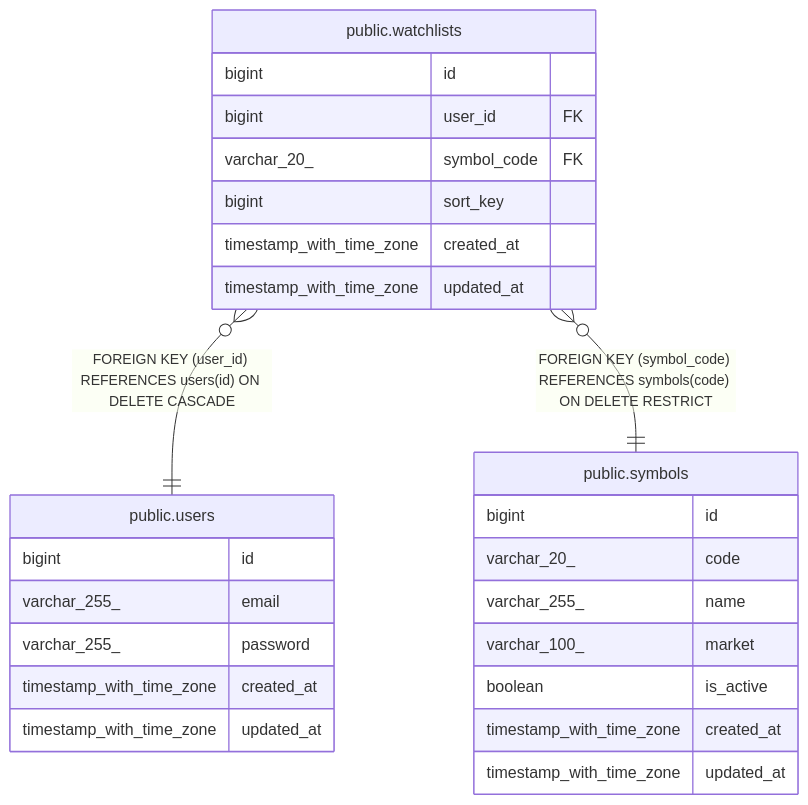
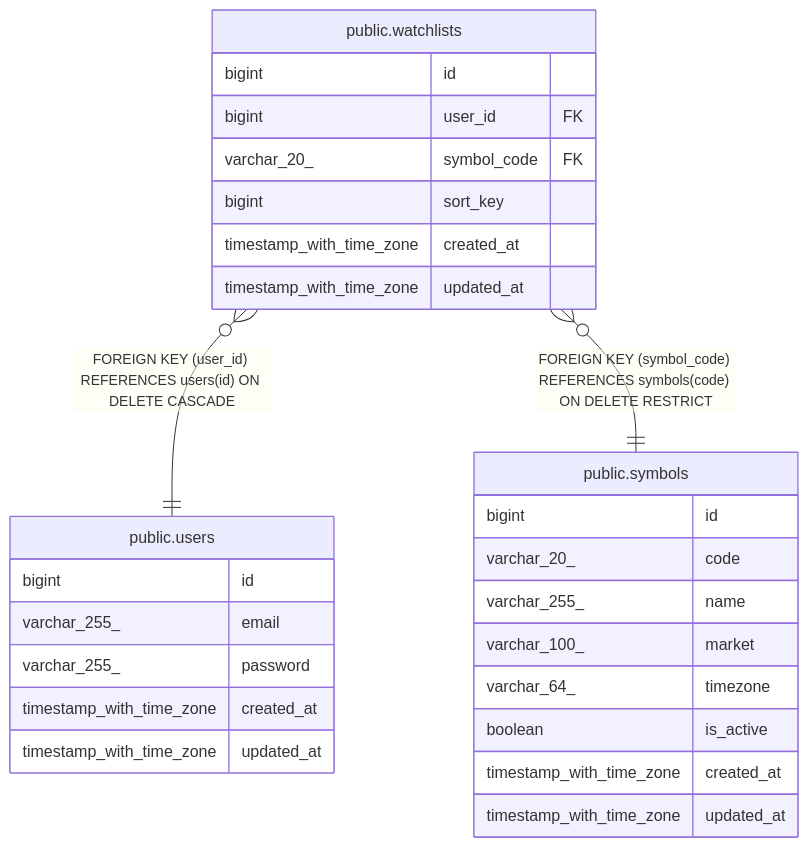
The diagram in docs/schema/public.watchlists.md (UCHIDAnobuhiro/stock_backend), drawn with Mermaid before and after one commit. The commit also changed 4 other files, not shown here.

First line of the commit message:
docs: schema docs に symbols.timezone を反映

````diff
--- a/docs/schema/public.watchlists.md
+++ b/docs/schema/public.watchlists.md
@@ -33,31 +33,32 @@
 ```mermaid
 erDiagram
 
 "public.watchlists" }o--|| "public.users" : "FOREIGN KEY (user_id) REFERENCES users(id) ON DELETE CASCADE"
 "public.watchlists" }o--|| "public.symbols" : "FOREIGN KEY (symbol_code) REFERENCES symbols(code) ON DELETE RESTRICT"
 
 "public.watchlists" {
   bigint id ""
   bigint user_id FK ""
   varchar_20_ symbol_code FK ""
   bigint sort_key ""
   timestamp_with_time_zone created_at ""
   timestamp_with_time_zone updated_at ""
 }
 "public.users" {
   bigint id ""
   varchar_255_ email ""
   varchar_255_ password ""
   timestamp_with_time_zone created_at ""
   timestamp_with_time_zone updated_at ""
 }
 "public.symbols" {
   bigint id ""
   varchar_20_ code ""
   varchar_255_ name ""
   varchar_100_ market ""
+  varchar_64_ timezone ""
   boolean is_active ""
   timestamp_with_time_zone created_at ""
   timestamp_with_time_zone updated_at ""
 }
 ```
````
